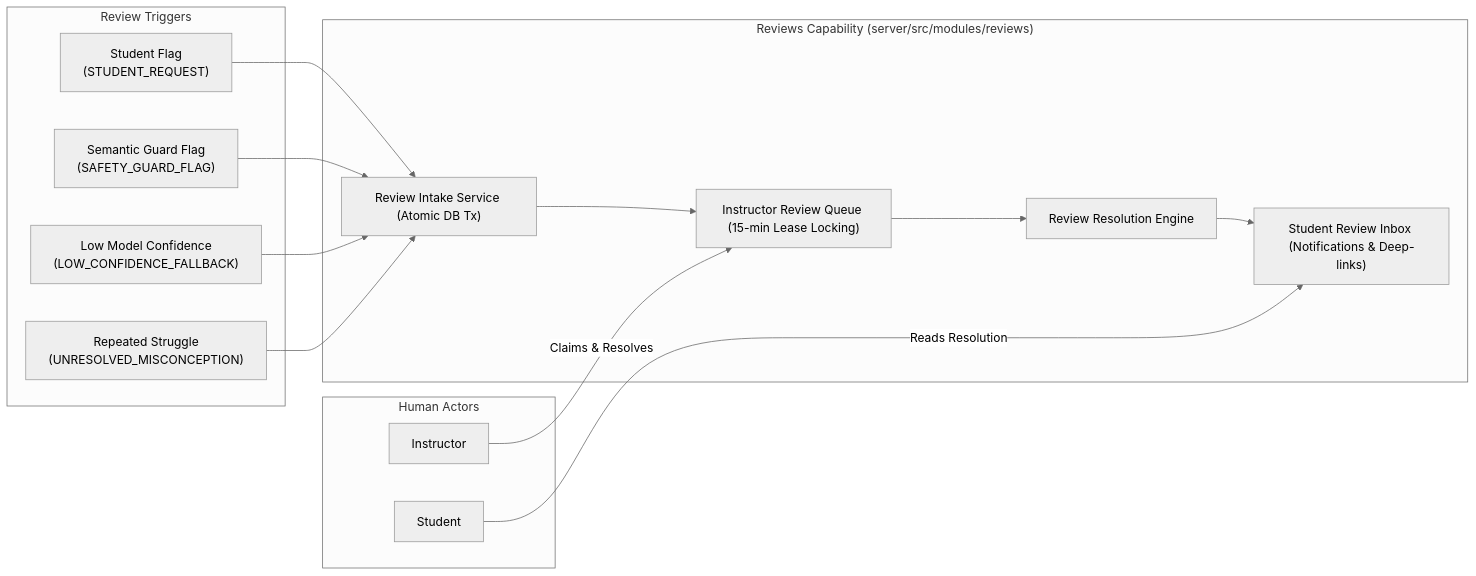
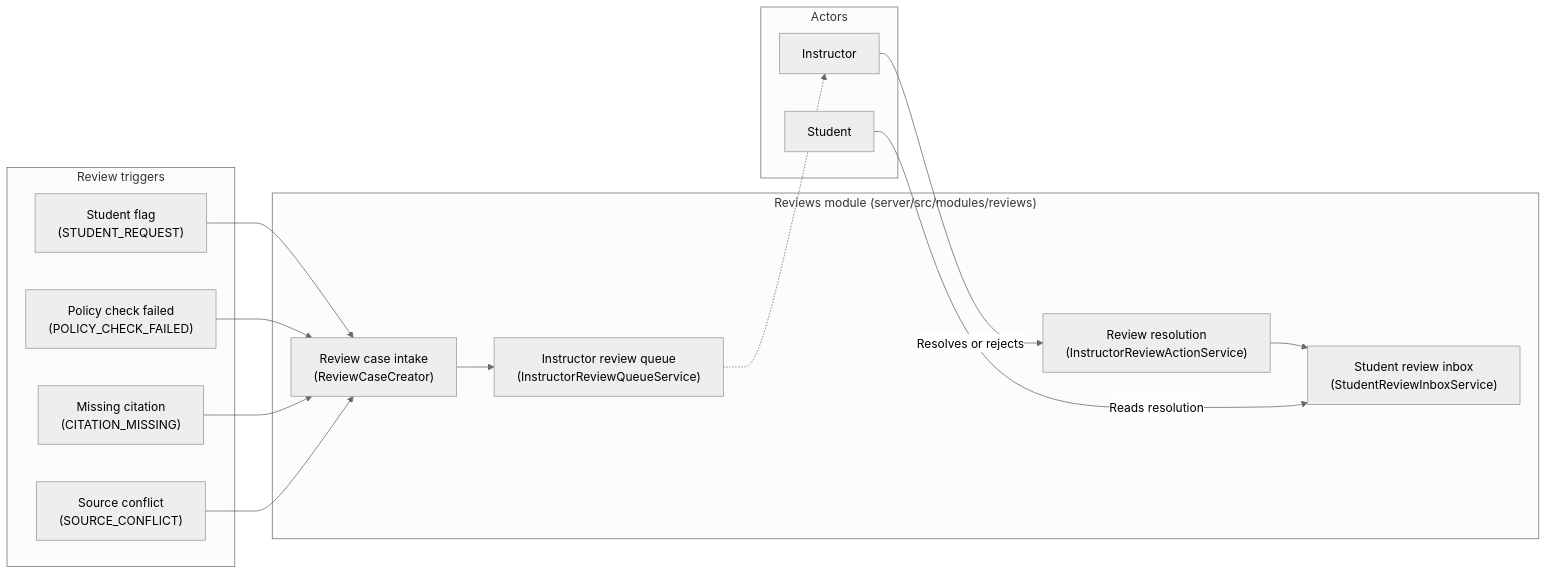
The first of 2 diagrams in docs/developer-guide/13-reviews-and-human-in-the-loop.md (MahmoudAhmed184/Morshid), drawn with Mermaid (neutral theme) before and after one commit. The commit also changed other lines of this file and 19 other files, not shown here.

````diff
--- a/docs/developer-guide/13-reviews-and-human-in-the-loop.md
+++ b/docs/developer-guide/13-reviews-and-human-in-the-loop.md
@@ -9,28 +9,28 @@
 ```mermaid
 graph LR
-    subgraph Triggers["Review Triggers"]
-        T1["Student Flag<br/>(STUDENT_REQUEST)"]
-        T2["Semantic Guard Flag<br/>(SAFETY_GUARD_FLAG)"]
-        T3["Low Model Confidence<br/>(LOW_CONFIDENCE_FALLBACK)"]
-        T4["Repeated Struggle<br/>(UNRESOLVED_MISCONCEPTION)"]
+    subgraph Triggers["Review triggers"]
+        T1["Student flag<br/>(STUDENT_REQUEST)"]
+        T2["Policy check failed<br/>(POLICY_CHECK_FAILED)"]
+        T3["Missing citation<br/>(CITATION_MISSING)"]
+        T4["Source conflict<br/>(SOURCE_CONFLICT)"]
     end
 
-    subgraph CoreReview["Reviews Capability (server/src/modules/reviews)"]
-        Intake["Review Intake Service (Atomic DB Tx)"]
-        Queue["Instructor Review Queue (15-min Lease Locking)"]
-        Resolution["Review Resolution Engine"]
-        Inbox["Student Review Inbox (Notifications & Deep-links)"]
+    subgraph CoreReview["Reviews module (server/src/modules/reviews)"]
+        Intake["Review case intake<br/>(ReviewCaseCreator)"]
+        Queue["Instructor review queue<br/>(InstructorReviewQueueService)"]
+        Resolution["Review resolution<br/>(InstructorReviewActionService)"]
+        Inbox["Student review inbox<br/>(StudentReviewInboxService)"]
     end
 
-    subgraph Actors["Human Actors"]
+    subgraph Actors["Actors"]
         Inst[Instructor]
         Student[Student]
     end
 
     T1 & T2 & T3 & T4 --> Intake
     Intake --> Queue
-    Inst -->|Claims & Resolves| Queue
-    Queue --> Resolution
+    Inst -->|Resolves or rejects| Resolution
+    Queue -.-> Inst
     Resolution --> Inbox
-    Student -->|Reads Resolution| Inbox
+    Student -->|Reads resolution| Inbox
 ```
````
